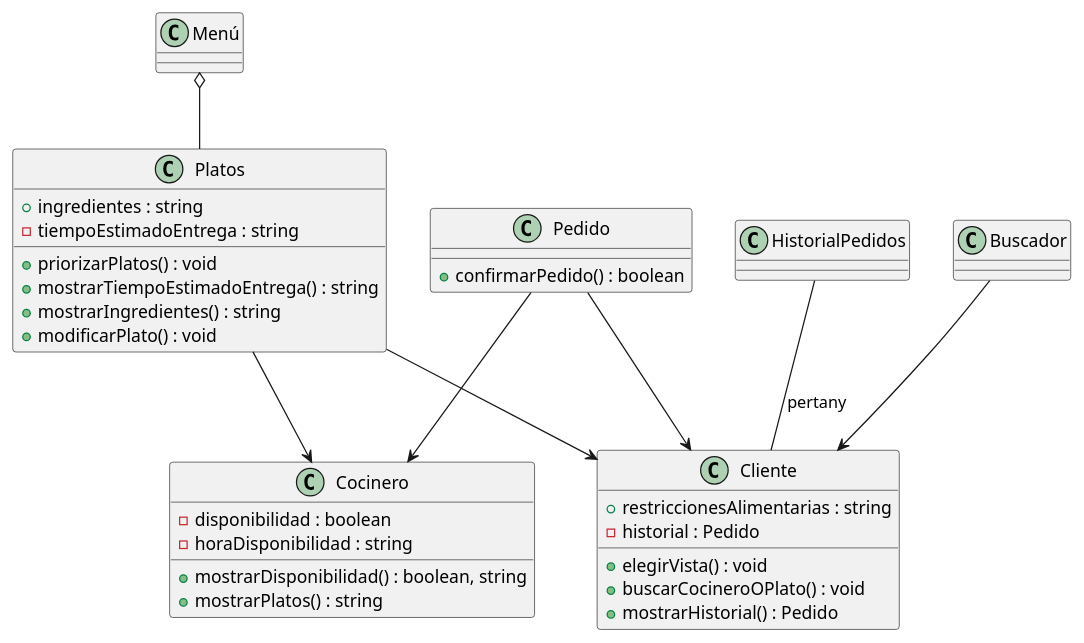
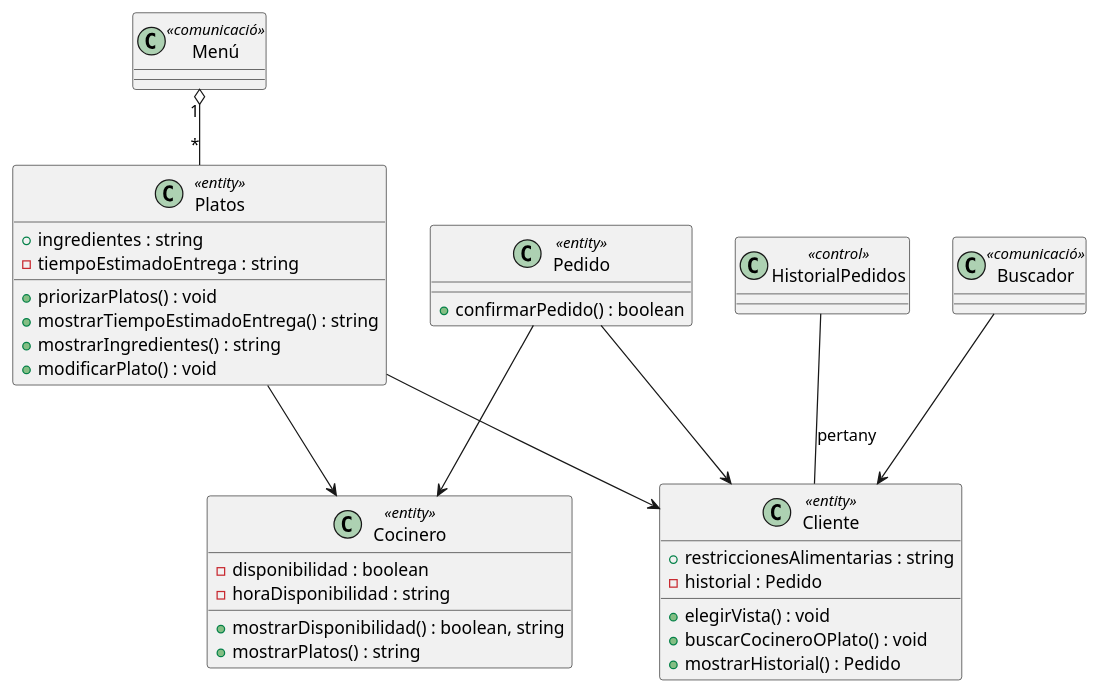
The diagram in documents/Diagrama Clases/CodeUML/bloq2.pUML (dabien3/ES25UAB-511-05), drawn with PlantUML before and after one commit. The commit also changed 10 other files, not shown here.

Commit message:
updated bloq1,bloq2 diagrama classe

```diff
--- a/documents/Diagrama Clases/CodeUML/bloq2.pUML
+++ b/documents/Diagrama Clases/CodeUML/bloq2.pUML
@@ -1,42 +1,42 @@
 @startuml
 
-class Cliente
+class Cliente <<entity>>
 {
    +restriccionesAlimentarias : string
    +elegirVista() : void   
    +buscarCocineroOPlato() : void
    -historial : Pedido
    +mostrarHistorial() : Pedido
 }
-class Cocinero
+class Cocinero <<entity>>
 {
    -disponibilidad : boolean
    -horaDisponibilidad : string
    +mostrarDisponibilidad() : boolean, string
    +mostrarPlatos() : string
 }
-class Pedido
+class Pedido <<entity>>
 {
    +confirmarPedido() : boolean
 }
-class Platos
+class Platos <<entity>>
 {
    +ingredientes : string
    -tiempoEstimadoEntrega : string
    +priorizarPlatos() : void
    +mostrarTiempoEstimadoEntrega() : string
    +mostrarIngredientes() : string
    +modificarPlato() : void
 }
 
-class Menú
-class Buscador
-class HistorialPedidos
+class Menú <<comunicació>>
+class Buscador <<comunicació>>
+class HistorialPedidos <<control>>
 Pedido --> Cliente
 Pedido --> Cocinero
 Platos --> Cliente
 Platos --> Cocinero
 HistorialPedidos -- Cliente : pertany
-Menú o-- Platos
+Menú "1" o-- "*" Platos
 Buscador --> Cliente
 @enduml
```
